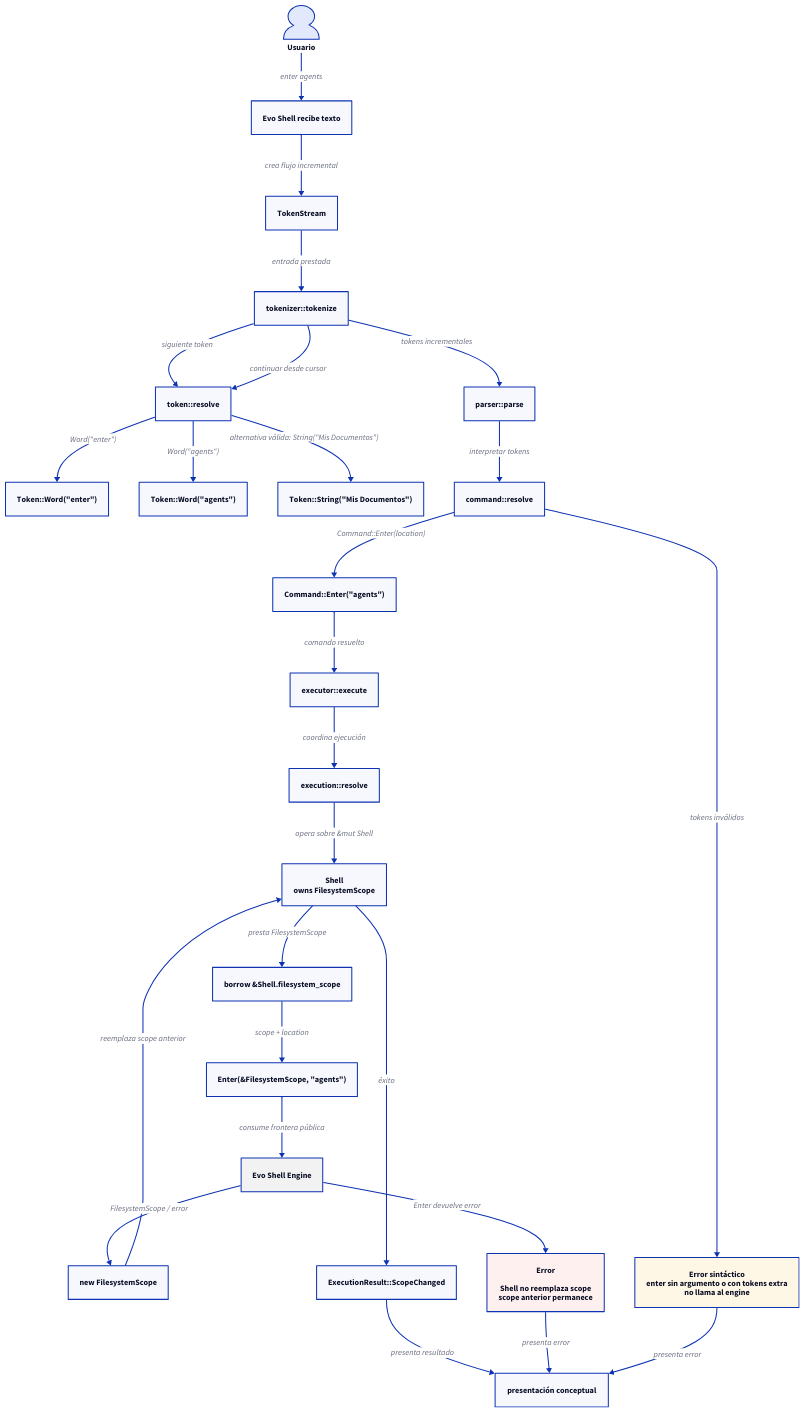
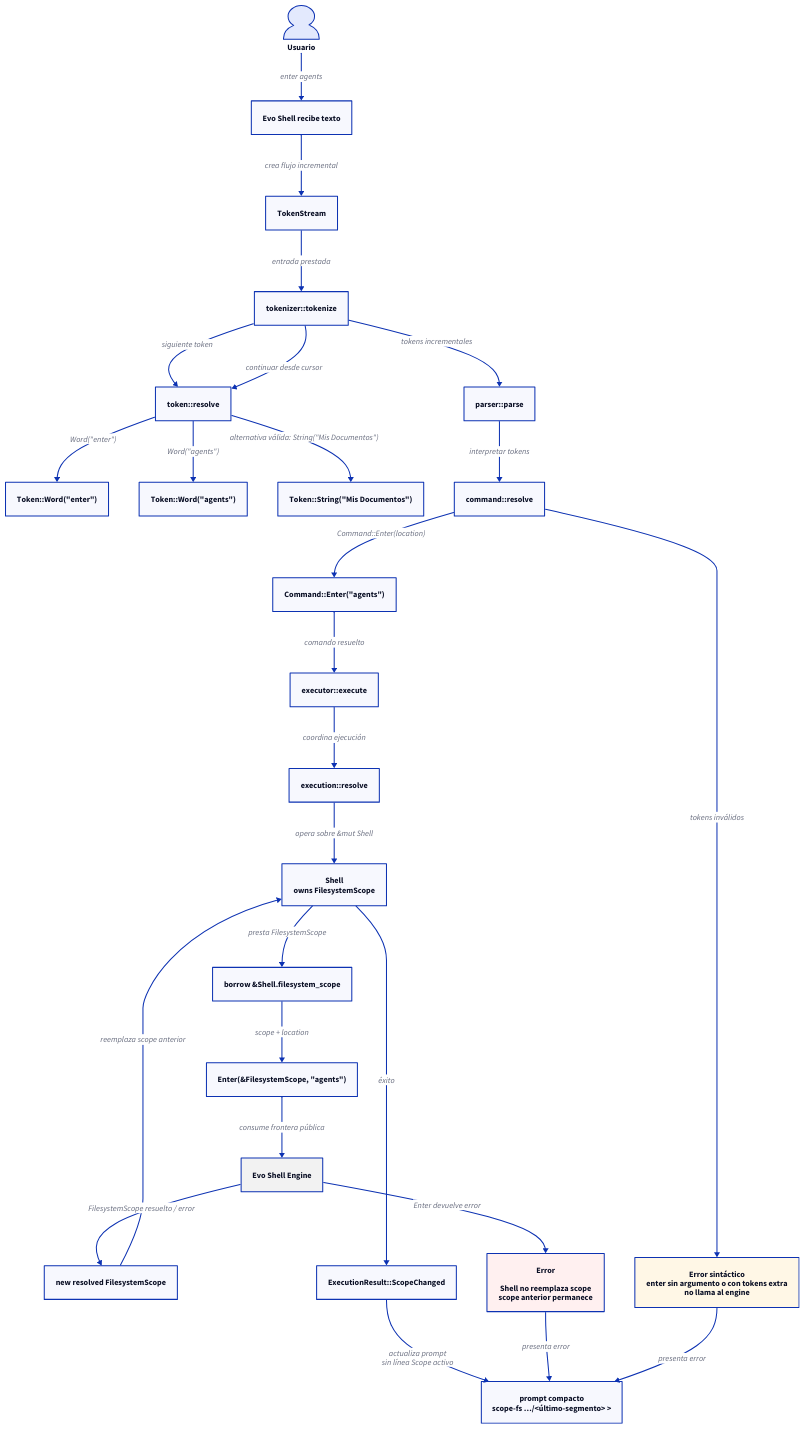
The diagram in evo-shell/technical_documentation/use_cases/UC-003-enter-active-scope-location/sequence.d2 (niqel/evolution), drawn with D2 before and after one commit. The commit also changed 16 other files, not shown here.

Commit message:
docs: define resolved filesystem scope and compact prompt

```diff
--- a/evo-shell/technical_documentation/use_cases/UC-003-enter-active-scope-location/sequence.d2
+++ b/evo-shell/technical_documentation/use_cases/UC-003-enter-active-scope-location/sequence.d2
@@ -1,120 +1,120 @@
 direction: down
 
 usuario: "Usuario" {
   shape: person
 }
 
 evo_shell: "Evo Shell recibe texto" {
   shape: rectangle
 }
 
 token_stream: "TokenStream" {
   shape: rectangle
 }
 
 tokenizer: "tokenizer::tokenize" {
   shape: rectangle
 }
 
 token_resolver: "token::resolve" {
   shape: rectangle
 }
 
 enter_word: "Token::Word(\"enter\")" {
   shape: rectangle
 }
 
 location_word: "Token::Word(\"agents\")" {
   shape: rectangle
 }
 
 location_string: "Token::String(\"Mis Documentos\")" {
   shape: rectangle
 }
 
 parser: "parser::parse" {
   shape: rectangle
 }
 
 command_resolver: "command::resolve" {
   shape: rectangle
 }
 
 command: "Command::Enter(\"agents\")" {
   shape: rectangle
 }
 
 executor: "executor::execute" {
   shape: rectangle
 }
 
 execution_resolver: "execution::resolve" {
   shape: rectangle
 }
 
 shell: "Shell\nowns FilesystemScope" {
   shape: rectangle
 }
 
 borrow_scope: "borrow &Shell.filesystem_scope" {
   shape: rectangle
 }
 
 engine_enter: "Enter(&FilesystemScope, \"agents\")" {
   shape: rectangle
 }
 
 engine: "Evo Shell Engine" {
   shape: rectangle
   style.fill: "#f2f2f2"
 }
 
-new_scope: "new FilesystemScope" {
+new_scope: "new resolved FilesystemScope" {
   shape: rectangle
 }
 
 scope_changed: "ExecutionResult::ScopeChanged" {
   shape: rectangle
 }
 
-presentation: "presentación conceptual" {
+presentation: "prompt compacto\nscope-fs …/<último-segmento> >" {
   shape: rectangle
 }
 
 error: "Error\n\nShell no reemplaza scope\nscope anterior permanece" {
   shape: rectangle
   style.fill: "#fff0f0"
 }
 
 usuario -> evo_shell: "enter agents"
 evo_shell -> token_stream: "crea flujo incremental"
 token_stream -> tokenizer: "entrada prestada"
 tokenizer -> token_resolver: "siguiente token"
 token_resolver -> enter_word: "Word(\"enter\")"
 tokenizer -> token_resolver: "continuar desde cursor"
 token_resolver -> location_word: "Word(\"agents\")"
 token_resolver -> location_string: "alternativa válida: String(\"Mis Documentos\")"
 tokenizer -> parser: "tokens incrementales"
 parser -> command_resolver: "interpretar tokens"
 command_resolver -> command: "Command::Enter(location)"
 command -> executor: "comando resuelto"
 executor -> execution_resolver: "coordina ejecución"
 execution_resolver -> shell: "opera sobre &mut Shell"
 shell -> borrow_scope: "presta FilesystemScope"
 borrow_scope -> engine_enter: "scope + location"
 engine_enter -> engine: "consume frontera pública"
-engine -> new_scope: "FilesystemScope / error"
+engine -> new_scope: "FilesystemScope resuelto / error"
 new_scope -> shell: "reemplaza scope anterior"
 shell -> scope_changed: "éxito"
-scope_changed -> presentation: "presenta resultado"
+scope_changed -> presentation: "actualiza prompt\nsin línea Scope activo"
 
 engine -> error: "Enter devuelve error"
 error -> presentation: "presenta error"
 
 syntax_error: "Error sintáctico\nenter sin argumento o con tokens extra\nno llama al engine" {
   shape: rectangle
   style.fill: "#fff7e6"
 }
 
 command_resolver -> syntax_error: "tokens inválidos"
 syntax_error -> presentation: "presenta error"
```
